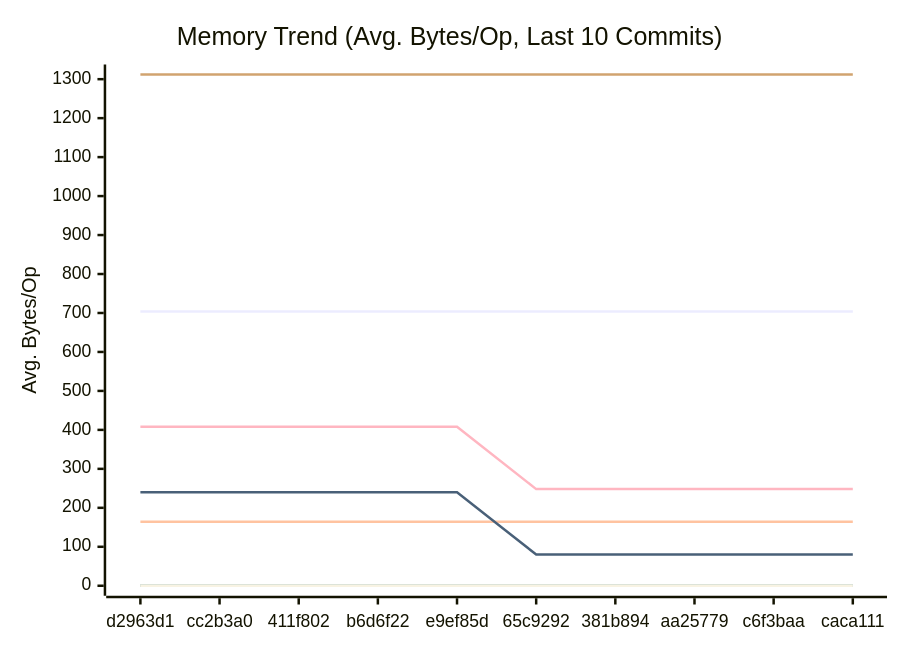
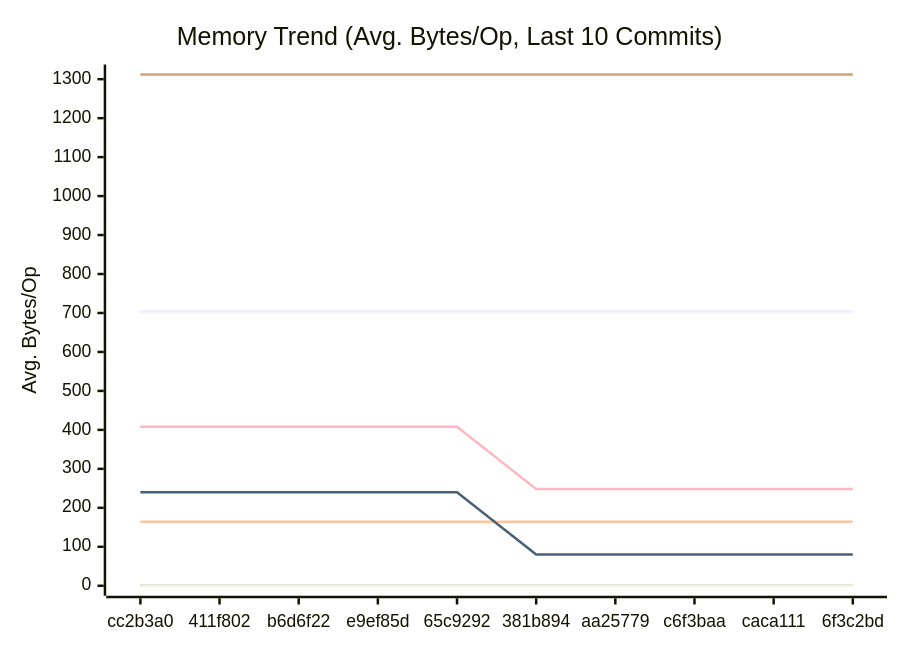
The second of 3 diagrams in docs/PERFORMANCE.md (alsotoes/momo), drawn with Mermaid before and after one commit. The commit also changed other lines of this file and 2 other files, not shown here.

````diff
--- a/docs/PERFORMANCE.md
+++ b/docs/PERFORMANCE.md
@@ -152,18 +152,18 @@
 ```mermaid
 xychart-beta
     title "Memory Trend (Avg. Bytes/Op, Last 10 Commits)"
     x-axis "Commit"
     y-axis "Avg. Bytes/Op"
-    x-axis [d2963d1,cc2b3a0,411f802,b6d6f22,e9ef85d,65c9292,381b894,aa25779,c6f3baa,caca111]
+    x-axis [cc2b3a0,411f802,b6d6f22,e9ef85d,65c9292,381b894,aa25779,c6f3baa,caca111,6f3c2bd]
     line "CheckMetricsAndSwap" [0,0,0,0,0,0,0,0,0,0]
     line "CrushOptimized" [0,0,0,0,0,0,0,0,0,0]
     line "CrushOriginal" [164,164,164,164,164,164,164,164,164,164]
     line "IndexDirectTracking" [0,0,0,0,0,0,0,0,0,0]
     line "IndexSearch" [0,0,0,0,0,0,0,0,0,0]
     line "LoadGlobalConfig" [1312,1312,1312,1312,1312,1312,1312,1312,1312,1312]
     line "PadString" [0,0,0,0,0,0,0,0,0,0]
     line "ParseReplicationOrder_NoPrealloc" [408,408,408,408,408,248,248,248,248,248]
     line "ParseReplicationOrder_Prealloc" [240,240,240,240,240,80,80,80,80,80]
     line "SanitizeLog/Safe" [0,0,0,0,0,0,0,0,0,0]
     line "SanitizeLog/Unsafe" [704,704,704,704,704,704,704,704,704,704]
 ```
````
